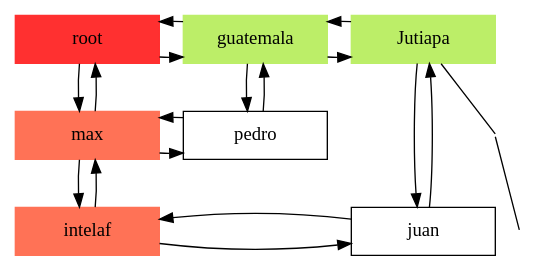
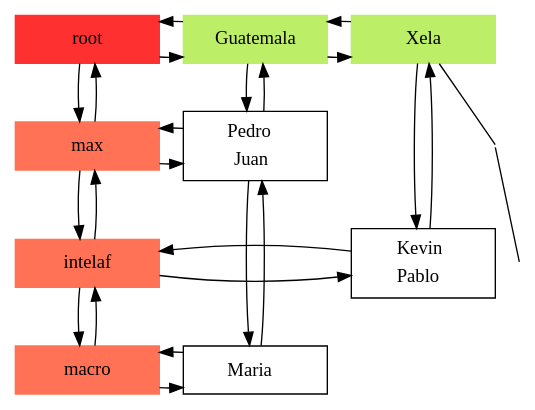
One commit to Stevensis/EDD20VJ_Proyecto1 changed the diagram in Prueba.dot. Above: the diagram before and after it, drawn with Graphviz. The commit also changed 11 other files, not shown here.

```diff
--- a/Prueba.dot
+++ b/Prueba.dot
@@ -1,43 +1,56 @@
 digraph Sparce_Matrix { 
  node [shape=box];
 -1[ label = "root", width = 1.5, style = filled, color = firebrick1, group = 1 ]; 
  e0[ shape = point, width = 0 ]; 
  e1[ shape = point, width = 0 ]; 
 
  /* Empresas */ 
 1 [label = "max"    pos = "5.3,3.5!" width = 1.5 style = filled, color = coral1, group = 1 ]; 
 { rank = same; 1 ; 0 }
 1 -> 0
 0 -> 1
 e0[ shape = point, width = 0 ];{ rank = same; 1; e0 }
  /* Empresas */ 
-4 [label = "intelaf"    pos = "5.3,3.5!" width = 1.5 style = filled, color = coral1, group = 1 ]; 
-{ rank = same; 4 ; 3 }
-4 -> 3
-3 -> 4
-e1[ shape = point, width = 0 ];{ rank = same; 4; e1 }
+5 [label = "intelaf"    pos = "5.3,3.5!" width = 1.5 style = filled, color = coral1, group = 1 ]; 
+{ rank = same; 5 ; 4 }
+5 -> 4
+4 -> 5
+e1[ shape = point, width = 0 ];{ rank = same; 5; e1 }
+ /* Empresas */ 
+9 [label = "macro"    pos = "5.3,3.5!" width = 1.5 style = filled, color = coral1, group = 1 ]; 
+{ rank = same; 9 ; 8 }
+9 -> 8
+8 -> 9
+e2[ shape = point, width = 0 ];{ rank = same; 9; e2 }
    /* Enlacex entre empresas */ 
-1 -> 4
-4 -> 1
+1 -> 5
+5 -> 1
+
+   /* Enlacex entre empresas */ 
+5 -> 9
+9 -> 5
 
  /* Departamentos */ 
-2 [label = "guatemala"   width = 1.5 style = filled, color = darkolivegreen2, group =2 ];
-0 [label = "pedro" width = 1.5, group = 2 ];
+2 [label = "Guatemala"   width = 1.5 style = filled, color = darkolivegreen2, group =2 ];
+0 [label = <<table border = "0"><tr><td>Pedro</td></tr><tr><td>Juan</td></tr></table>>, width = 1.5, group = 2 ];
+8 [label = <<table border = "0"><tr><td>Maria</td></tr></table>>, width = 1.5, group = 2 ];
 2 -> 0
 0 -> 2
+0 -> 8
+8 -> 0
 
  /* Departamentos */ 
-5 [label = "Jutiapa"   width = 1.5 style = filled, color = darkolivegreen2, group =3 ];
-3 [label = "juan" width = 1.5, group = 3 ];
-5 -> 3
-3 -> 5
+6 [label = "Xela"   width = 1.5 style = filled, color = darkolivegreen2, group =3 ];
+4 [label = <<table border = "0"><tr><td>Kevin</td></tr><tr><td>Pablo</td></tr></table>>, width = 1.5, group = 3 ];
+6 -> 4
+4 -> 6
 
    /* Enlaces entre departamentos */ 
-2 -> 5
-5 -> 2
-5 -> e0 -> e1[ dir = none ];-1 -> 2
+2 -> 6
+6 -> 2
+6 -> e0 -> e1[ dir = none ];-1 -> 2
 2 -> -1
 -1 -> 1
 1 -> -1
- { rank = same; -1; 2; 5;  }
+ { rank = same; -1; 2; 6;  }
 }
```
